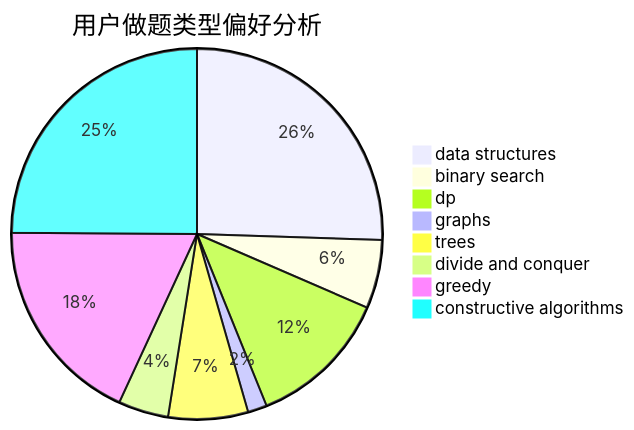
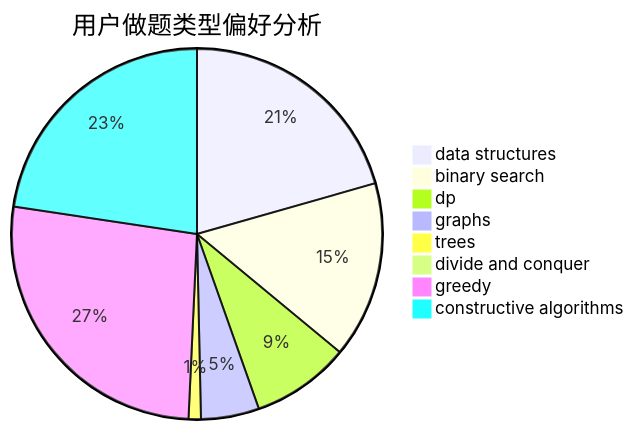
Before and after one commit to sherpahu/cfrs.github.io: the second of 3 diagrams in docs/user/u259.md, drawn with Mermaid. The commit also changed other lines of this file and 2770 other files, not shown here.

````diff
--- a/docs/user/u259.md
+++ b/docs/user/u259.md
@@ -23,11 +23,11 @@
 ```mermaid
 pie title 用户做题类型偏好分析
-    "data structures" :  367
-    "binary search" :  86
-    "dp" :  178
-    "graphs" :  24
-    "trees" :  100
-    "divide and conquer" :  63
-    "greedy" :  262
-    "constructive algorithms" :  358
+    "data structures" :  211
+    "binary search" :  158
+    "dp" :  88
+    "graphs" :  52
+    "trees" :  11
+    "divide and conquer" :  0
+    "greedy" :  273
+    "constructive algorithms" :  232
 ```
````
